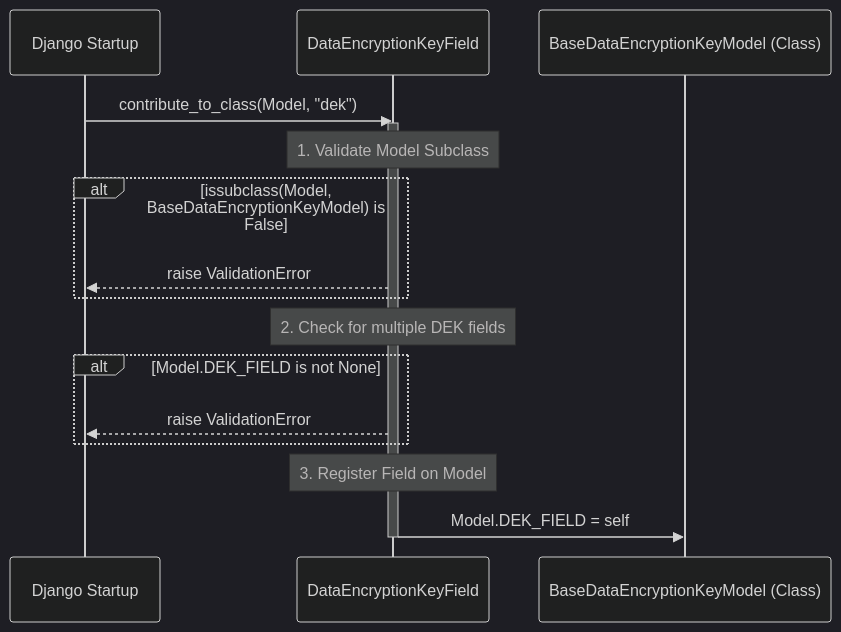
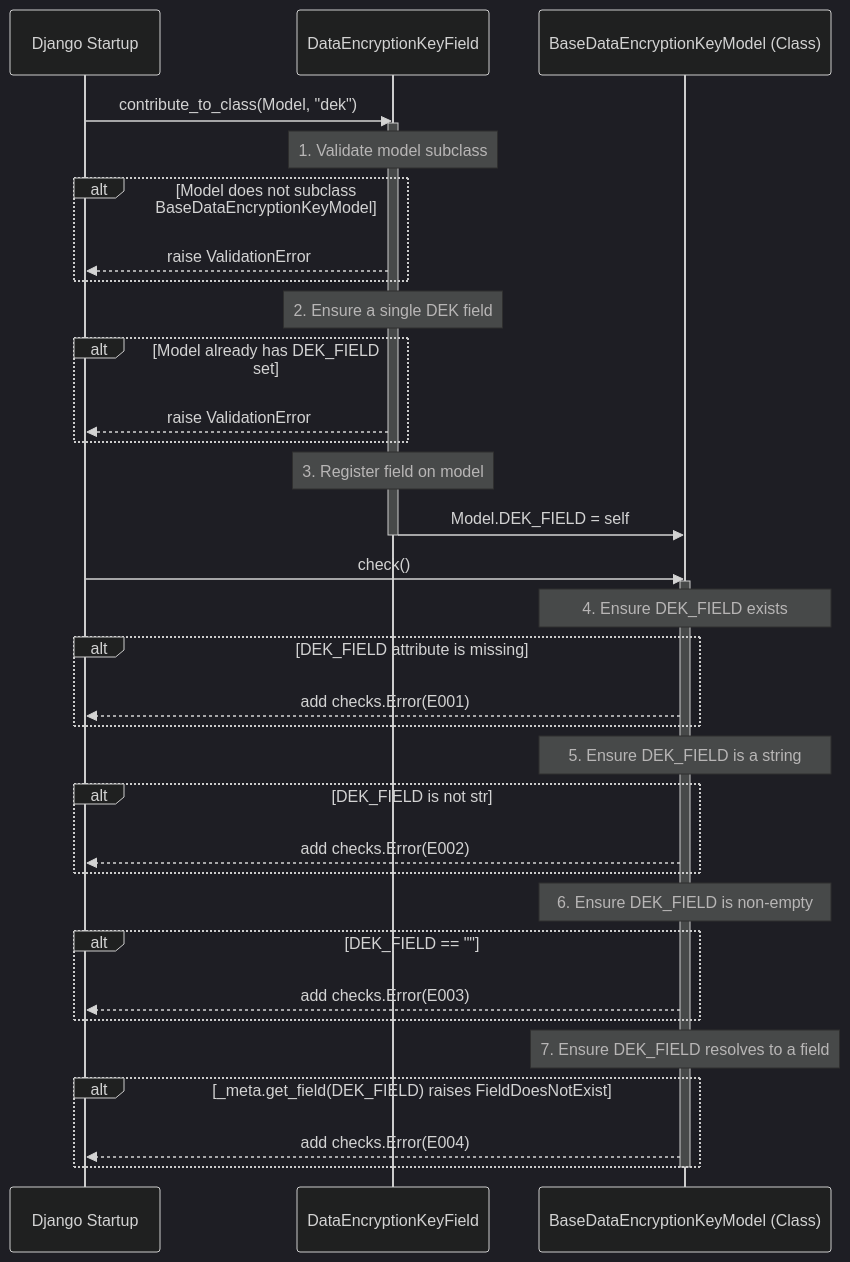
The sixth of 8 diagrams in docs/client-side-encryption.md (ocadotechnology/codeforlife-package-python), drawn with Mermaid (dark theme) before and after one commit. The commit also changed other lines of this file and 1 other file, not shown here.

````diff
--- a/docs/client-side-encryption.md
+++ b/docs/client-side-encryption.md
@@ -397,24 +397,48 @@
 ```mermaid
 sequenceDiagram
     participant Django as Django Startup
     participant DataEncryptionKeyField as DataEncryptionKeyField
     participant BaseDataEncryptionKeyModel as BaseDataEncryptionKeyModel (Class)
 
     Django->>DataEncryptionKeyField: contribute_to_class(Model, "dek")
     activate DataEncryptionKeyField
 
-    Note over DataEncryptionKeyField: 1. Validate Model Subclass
-    alt issubclass(Model, BaseDataEncryptionKeyModel) is False
+    Note over DataEncryptionKeyField: 1. Validate model subclass
+    alt Model does not subclass BaseDataEncryptionKeyModel
         DataEncryptionKeyField-->>Django: raise ValidationError
     end
 
-    Note over DataEncryptionKeyField: 2. Check for multiple DEK fields
-    alt Model.DEK_FIELD is not None
+    Note over DataEncryptionKeyField: 2. Ensure a single DEK field
+    alt Model already has DEK_FIELD set
         DataEncryptionKeyField-->>Django: raise ValidationError
     end
 
-    Note over DataEncryptionKeyField: 3. Register Field on Model
+    Note over DataEncryptionKeyField: 3. Register field on model
     DataEncryptionKeyField->>BaseDataEncryptionKeyModel: Model.DEK_FIELD = self
-    
     deactivate DataEncryptionKeyField
+
+    Django->>BaseDataEncryptionKeyModel: check()
+    activate BaseDataEncryptionKeyModel
+
+    Note over BaseDataEncryptionKeyModel: 4. Ensure DEK_FIELD exists
+    alt DEK_FIELD attribute is missing
+        BaseDataEncryptionKeyModel-->>Django: add checks.Error(E001)
+    end
+
+    Note over BaseDataEncryptionKeyModel: 5. Ensure DEK_FIELD is a string
+    alt DEK_FIELD is not str
+        BaseDataEncryptionKeyModel-->>Django: add checks.Error(E002)
+    end
+
+    Note over BaseDataEncryptionKeyModel: 6. Ensure DEK_FIELD is non-empty
+    alt DEK_FIELD == ""
+        BaseDataEncryptionKeyModel-->>Django: add checks.Error(E003)
+    end
+
+    Note over BaseDataEncryptionKeyModel: 7. Ensure DEK_FIELD resolves to a field
+    alt _meta.get_field(DEK_FIELD) raises FieldDoesNotExist
+        BaseDataEncryptionKeyModel-->>Django: add checks.Error(E004)
+    end
+
+    deactivate BaseDataEncryptionKeyModel
 ```
````
